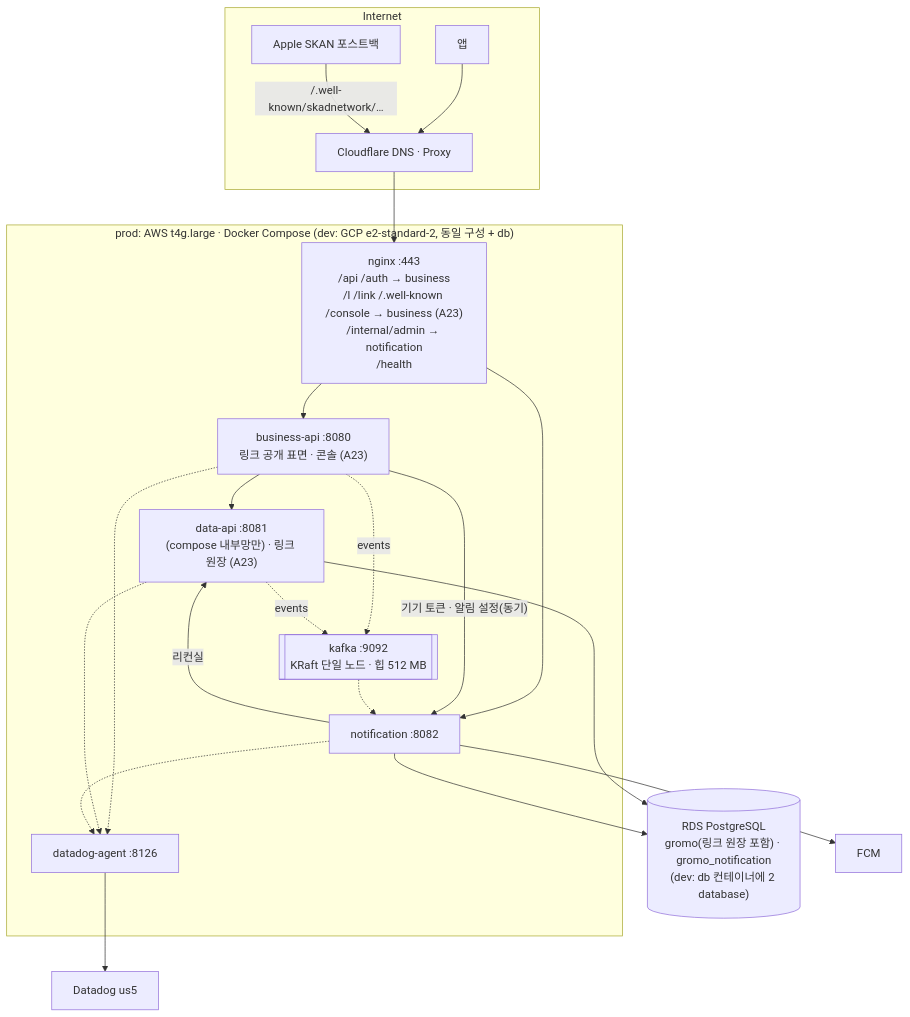
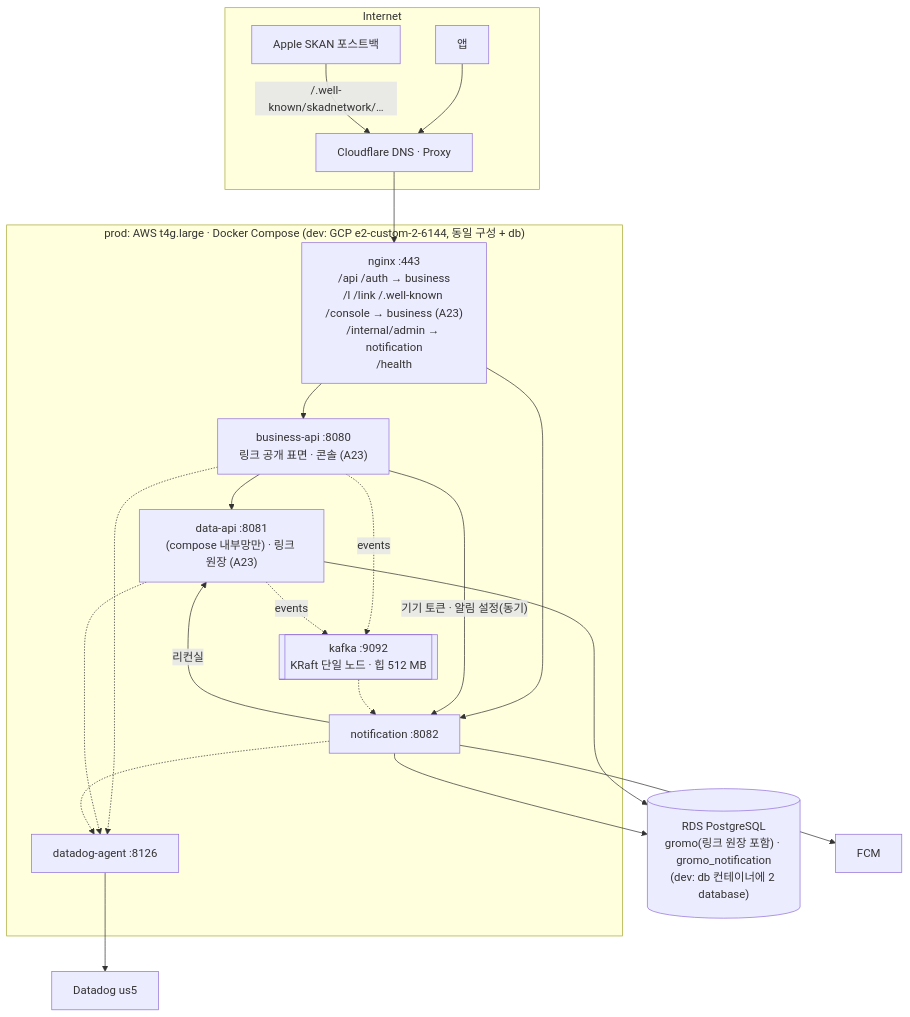
Before and after one commit to OneOrThree/phone: the diagram in docs/architecture/system-architecture.md, drawn with Mermaid. The commit also changed other lines of this file and 2 other files, not shown here.

First line of the commit message:
[CHORE] GROMO-2122 dev VM 사양 표기를 6GB로 갱신한다

````diff
--- a/docs/architecture/system-architecture.md
+++ b/docs/architecture/system-architecture.md
@@ -18,35 +18,35 @@
 ```mermaid
 flowchart TB
   subgraph Internet
     APPc["앱"]
     CF["Cloudflare DNS · Proxy"]
     APPLE["Apple SKAN 포스트백"]
     %% A23(2026-09-13): Vercel(OneOrThree/mmp-custom)·Neon 노드 제거 — 링크는 business-api·data-api 안
   end
-  subgraph VM["prod: AWS t4g.large · Docker Compose (dev: GCP e2-standard-2, 동일 구성 + db)"]
+  subgraph VM["prod: AWS t4g.large · Docker Compose (dev: GCP e2-custom-2-6144, 동일 구성 + db)"]
     NX["nginx :443<br/>/api /auth → business<br/>/l /link /.well-known /console → business (A23)<br/>/internal/admin → notification<br/>/health"]
     BIZ["business-api :8080<br/>링크 공개 표면 · 콘솔 (A23)"]
     DATA["data-api :8081<br/>(compose 내부망만) · 링크 원장 (A23)"]
     NS["notification :8082"]
     KF[["kafka :9092<br/>KRaft 단일 노드 · 힙 512 MB"]]
     DDA["datadog-agent :8126"]
   end
   RDS[("RDS PostgreSQL<br/>gromo(링크 원장 포함) · gromo_notification<br/>(dev: db 컨테이너에 2 database)")]
   FCM["FCM"]
   DD["Datadog us5"]
 
   APPc --> CF --> NX
   APPLE -->|"/.well-known/skadnetwork/…"| CF
   NX --> BIZ
   NX --> NS
   BIZ --> DATA
   BIZ -->|"기기 토큰 · 알림 설정(동기)"| NS
   BIZ -.->|"events"| KF
   DATA -.->|"events"| KF
   KF -.-> NS
   NS -->|"리컨실"| DATA
   DATA --> RDS
   NS --> RDS
   NS --> FCM
   BIZ & DATA & NS -.-> DDA --> DD
 ```
````
